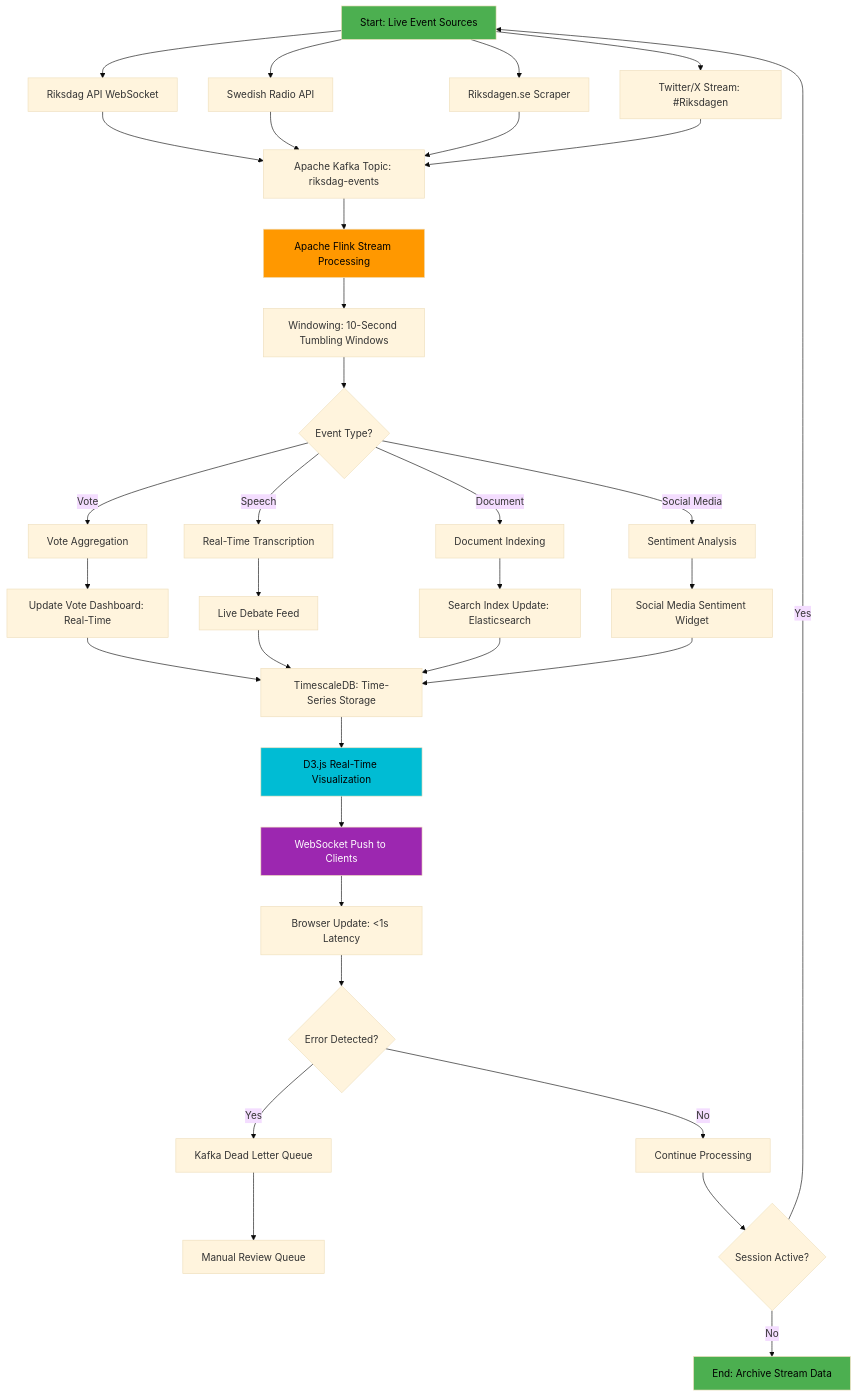
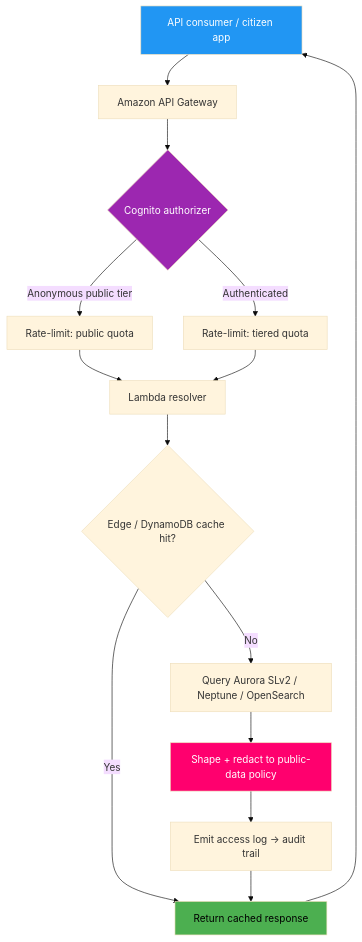
Diagram 12 of 24 in FUTURE_FLOWCHART.md (Hack23/riksdagsmonitor), drawn with Mermaid (base theme) before and after one commit. The commit also changed other lines of this file and 5 other files, not shown here.

Commit message:
Rewrite FUTURE_DATA_MODEL.md as three-horizon data architecture (v3.0)

````diff
--- a/FUTURE_FLOWCHART.md
+++ b/FUTURE_FLOWCHART.md
@@ -746,52 +417,21 @@
 ```mermaid
 flowchart TD
-    A[Start: Live Event Sources] --> B[Riksdag API WebSocket]
-    A --> C[Swedish Radio API]
-    A --> D[Riksdagen.se Scraper]
-    A --> E[Twitter/X Stream: #Riksdagen]
-    
-    B --> F[Apache Kafka Topic: riksdag-events]
-    C --> F
-    D --> F
-    E --> F
-    
-    F --> G[Apache Flink Stream Processing]
-    G --> H[Windowing: 10-Second Tumbling Windows]
-    
-    H --> I{Event Type?}
-    
-    I -->|Vote| J[Vote Aggregation]
-    I -->|Speech| K[Real-Time Transcription]
-    I -->|Document| L[Document Indexing]
-    I -->|Social Media| M[Sentiment Analysis]
-    
-    J --> N[Update Vote Dashboard: Real-Time]
-    K --> O[Live Debate Feed]
-    L --> P[Search Index Update: Elasticsearch]
-    M --> Q[Social Media Sentiment Widget]
-    
-    N --> R[TimescaleDB: Time-Series Storage]
-    O --> R
-    P --> R
-    Q --> R
-    
-    R --> S[D3.js Real-Time Visualization]
-    S --> T[WebSocket Push to Clients]
-    T --> U[Browser Update: <1s Latency]
-    
-    U --> V{Error Detected?}
-    V -->|Yes| W[Kafka Dead Letter Queue]
-    V -->|No| X[Continue Processing]
-    
-    W --> Y[Manual Review Queue]
-    X --> Z{Session Active?}
-    
-    Z -->|Yes| A
-    Z -->|No| AA[End: Archive Stream Data]
-    
-    style A fill:#4caf50,color:#000000
-    style G fill:#ff9800,color:#000000
-    style S fill:#00bcd4,color:#000000
-    style T fill:#9c27b0,color:#ffffff
-    style AA fill:#4caf50,color:#000000
+    USER[API consumer / citizen app] --> APIGW[Amazon API Gateway]
+    APIGW --> AUTH{Cognito authorizer}
+    AUTH -->|Anonymous public tier| RL1[Rate-limit: public quota]
+    AUTH -->|Authenticated| RL2[Rate-limit: tiered quota]
+    RL1 --> LMB[Lambda resolver]
+    RL2 --> LMB
+    LMB --> CACHE{Edge / DynamoDB cache hit?}
+    CACHE -->|Yes| RESP[Return cached response]
+    CACHE -->|No| DATA[Query Aurora SLv2 / Neptune / OpenSearch]
+    DATA --> SHAPE[Shape + redact to public-data policy]
+    SHAPE --> AUDIT[Emit access log → audit trail]
+    AUDIT --> RESP
+    RESP --> USER
+
+    style USER fill:#2196f3,color:#ffffff
+    style AUTH fill:#9c27b0,color:#ffffff
+    style SHAPE fill:#ff006e,color:#ffffff
+    style RESP fill:#4caf50,color:#000000
 ```
````
